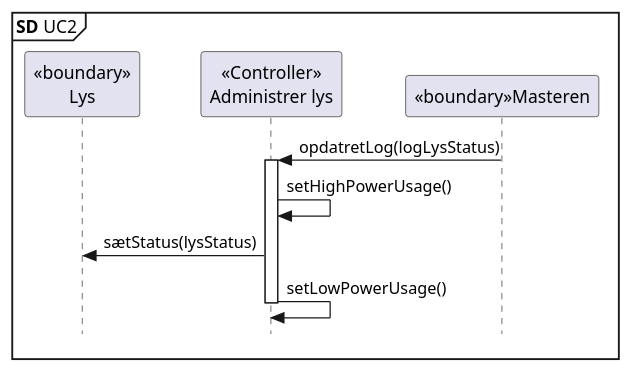
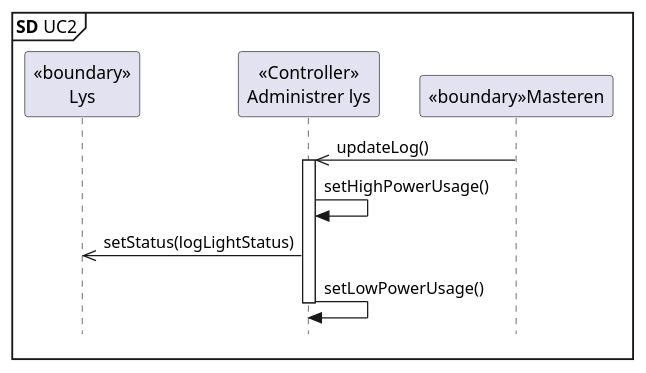
Before and after one commit to Tukkel/Projekt_2: the diagram in Updated SysML/Software Arkitektur-Design/UC2 AM/SD UC2.puml, drawn with PlantUML. The commit also changed 7 other files, not shown here.

Commit message:
opdateret diagrammer, engelsk

```diff
--- a/Updated SysML/Software Arkitektur-Design/UC2 AM/SD UC2.puml
+++ b/Updated SysML/Software Arkitektur-Design/UC2 AM/SD UC2.puml
@@ -1,17 +1,17 @@
 @startuml SD UC2
 skinparam style strictuml
 
 mainframe **SD** UC2
 
 participant "<<boundary>>\nLys" as L
 participant "<<Controller>>\nAdministrer lys" as AL
 participant "<<boundary>>Masteren" as M
 
-M -> AL : opdatretLog(logLysStatus)
+M ->> AL : updateLog()
 activate AL
 AL -> AL : setHighPowerUsage()
-AL -> L : sætStatus(lysStatus)
+AL ->> L : setStatus(logLightStatus)
 AL -> AL : setLowPowerUsage()
 
 deactivate AL
 @enduml
```
